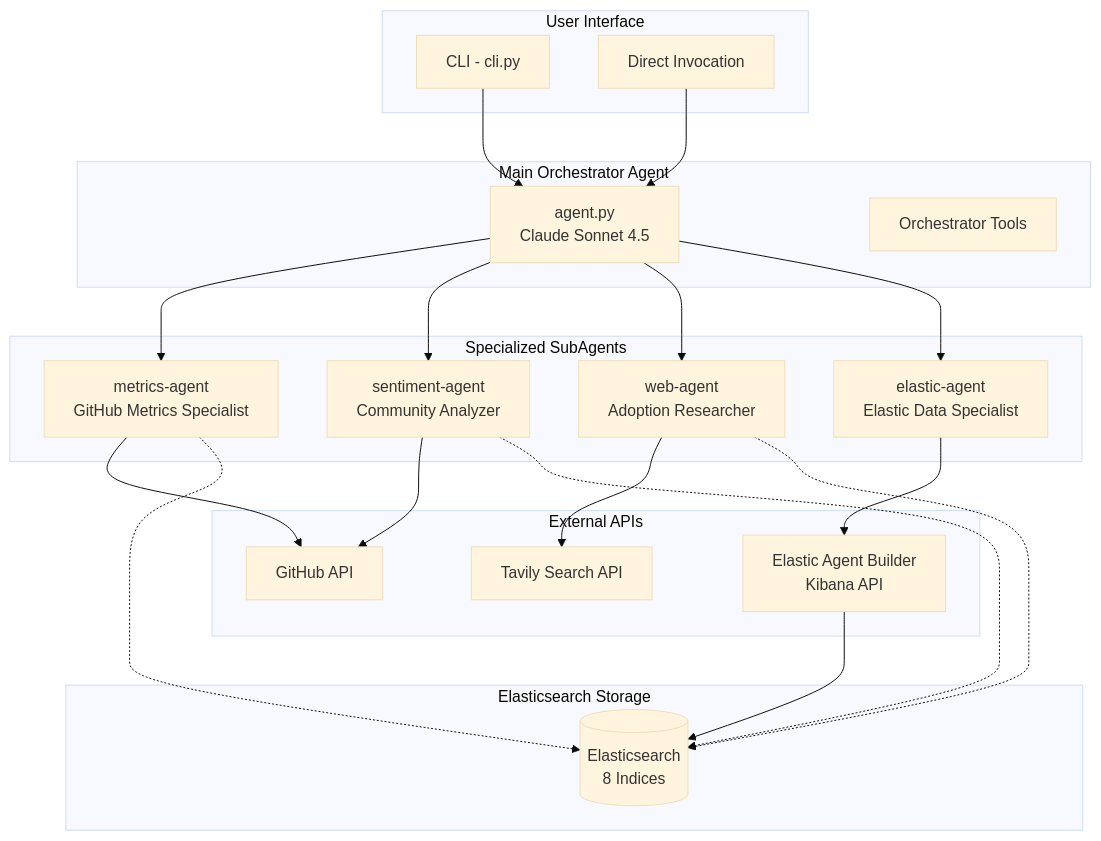
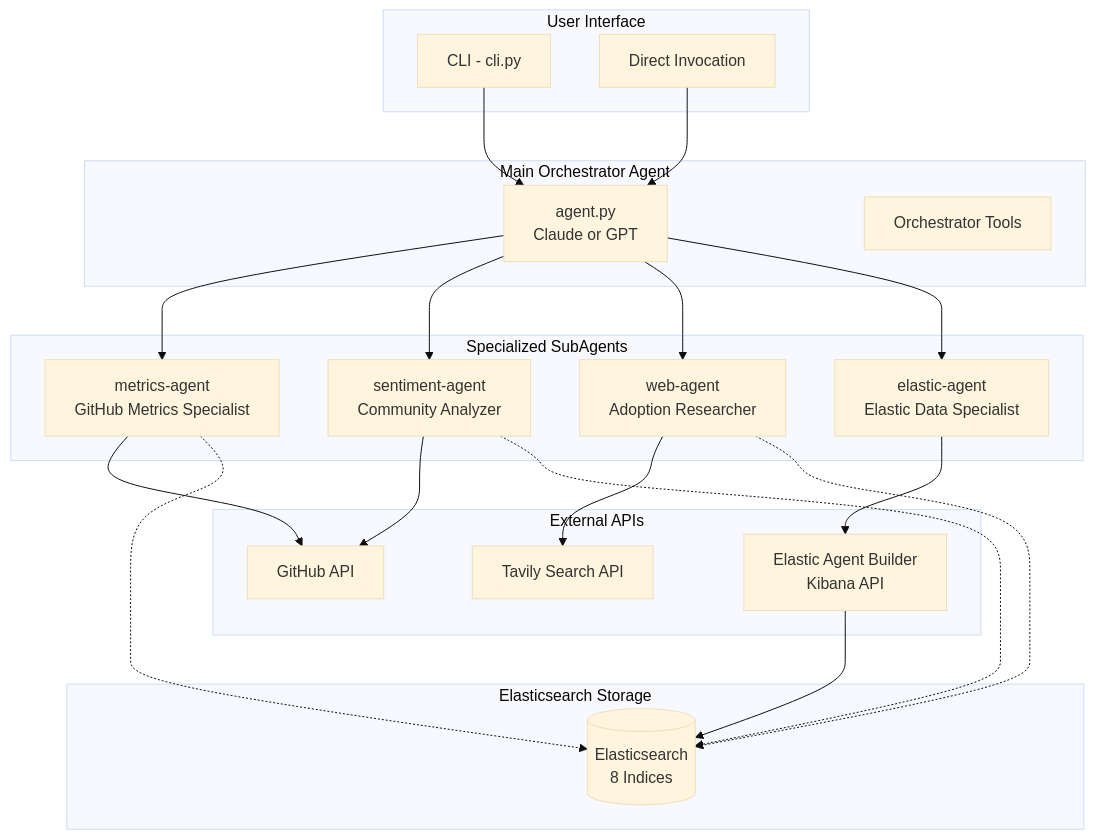
Before and after one commit to justincastilla/DevRel-DeepAgent: the first of 4 diagrams in README.md, drawn with Mermaid (base theme). The commit also changed 16 other files, not shown here.

````diff
--- a/README.md
+++ b/README.md
@@ -20,47 +20,47 @@
 ```mermaid
 flowchart TB
     subgraph User["User Interface"]
         CLI[CLI - cli.py]
         Direct[Direct Invocation]
     end
 
     subgraph Orchestrator["Main Orchestrator Agent"]
-        Main[agent.py<br/>Claude Sonnet 4.5]
+        Main[agent.py<br/>Claude or GPT]
         MainTools[Orchestrator Tools]
     end
 
     subgraph SubAgents["Specialized SubAgents"]
         Metrics[metrics-agent<br/>GitHub Metrics Specialist]
         Sentiment[sentiment-agent<br/>Community Analyzer]
         Web[web-agent<br/>Adoption Researcher]
         Elastic[elastic-agent<br/>Elastic Data Specialist]
     end
 
     subgraph ExternalAPIs["External APIs"]
         GitHub[GitHub API]
         Tavily[Tavily Search API]
         ElasticAgent[Elastic Agent Builder<br/>Kibana API]
     end
 
     subgraph Storage["Elasticsearch Storage"]
         ES[(Elasticsearch<br/>8 Indices)]
     end
 
     CLI --> Main
     Direct --> Main
 
     Main --> Metrics
     Main --> Sentiment
     Main --> Web
     Main --> Elastic
 
     Metrics --> GitHub
     Sentiment --> GitHub
     Web --> Tavily
     Elastic --> ElasticAgent
 
     ElasticAgent --> ES
     Metrics -.-> ES
     Sentiment -.-> ES
     Web -.-> ES
 ```
````
